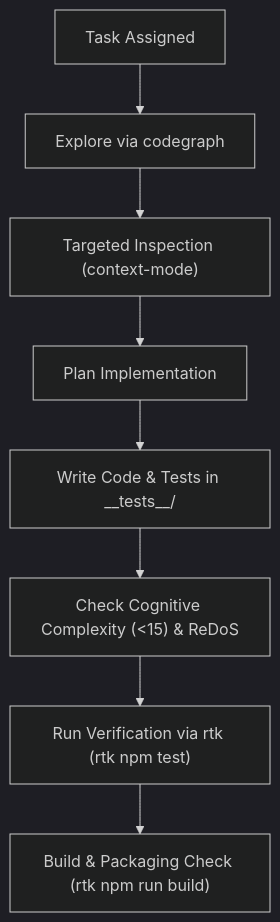
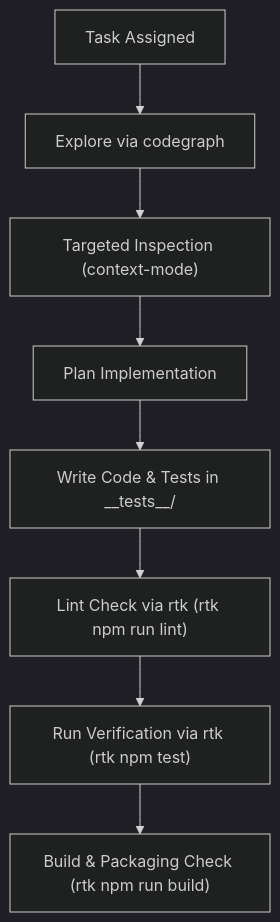
Before and after one commit to duracellrabbid/JERMChart: the diagram in .agents/AGENTS.md, drawn with Mermaid (dark theme). The commit also changed other lines of this file and 19 other files, not shown here.

````diff
--- a/.agents/AGENTS.md
+++ b/.agents/AGENTS.md
@@ -107,10 +108,10 @@
 ```mermaid
 flowchart TD
     A["Task Assigned"] --> B["Explore via codegraph"]
     B --> C["Targeted Inspection (context-mode)"]
     C --> D["Plan Implementation"]
     D --> E["Write Code & Tests in __tests__/"]
-    E --> F["Check Cognitive Complexity (<15) & ReDoS"]
+    E --> F["Lint Check via rtk (rtk npm run lint)"]
     F --> G["Run Verification via rtk (rtk npm test)"]
     G --> H["Build & Packaging Check (rtk npm run build)"]
 ```
````
